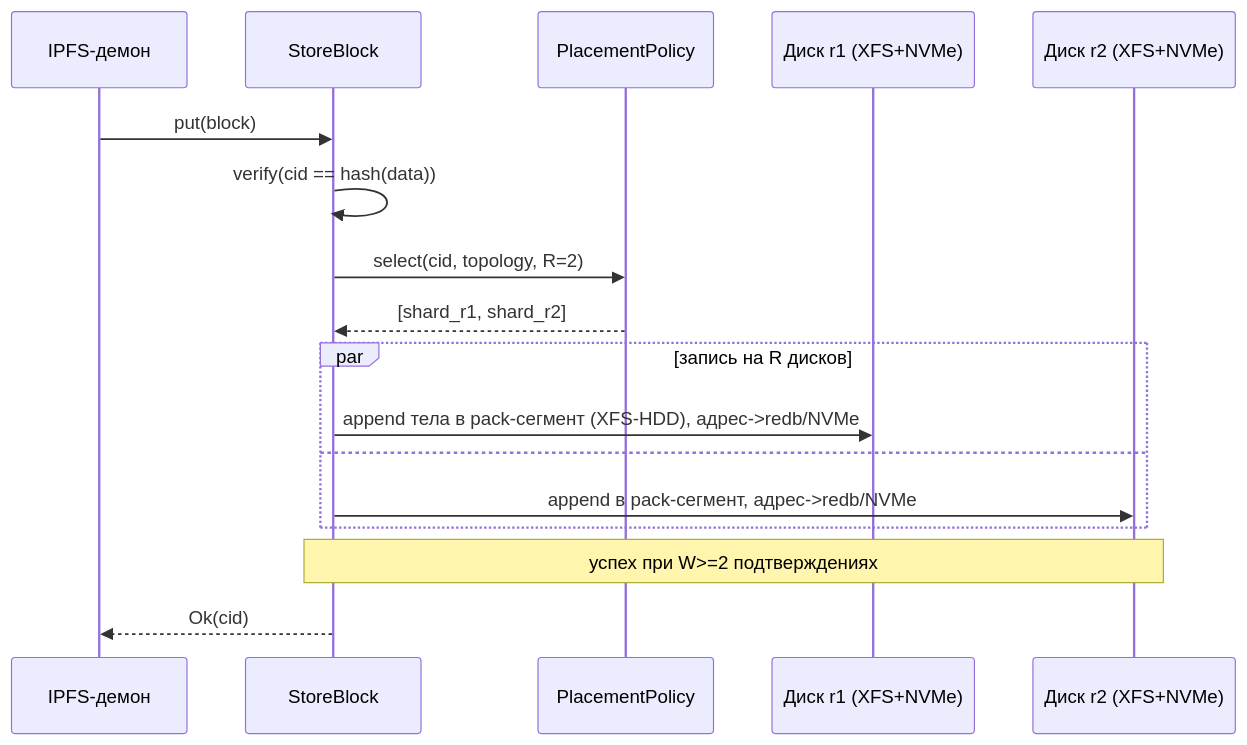
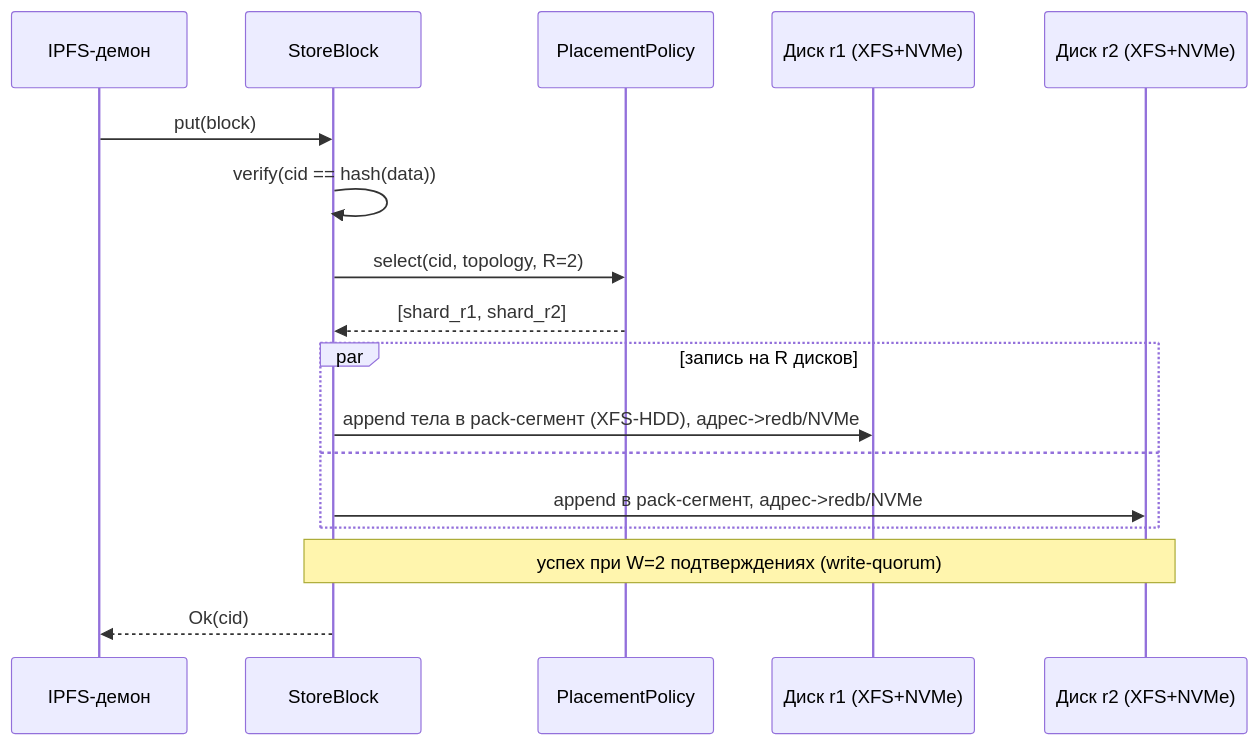
Before and after one commit to yunusovt983-art/ozd: the second of 9 diagrams in Wiki/ARCHITECTURE.md, drawn with Mermaid. The commit also changed 1 other file, not shown here.

Commit message:
fix: remove all remaining Mermaid sequenceDiagram parse errors
- ARCHITECTURE.md L162: >= in Note over -> avoid >= operator
- ARCHITECTURE-ZFS.md L112: Unicode arrow -> in message line
- ARCHITECTURE-ZFS.md L114: Unicode arrows -> in Note over text

````diff
--- a/Wiki/ARCHITECTURE.md
+++ b/Wiki/ARCHITECTURE.md
@@ -146,19 +146,19 @@
 ```mermaid
 sequenceDiagram
     participant I as IPFS-демон
     participant A as StoreBlock
     participant P as PlacementPolicy
     participant D1 as Диск r1 (XFS+NVMe)
     participant D2 as Диск r2 (XFS+NVMe)
     I->>A: put(block)
     A->>A: verify(cid == hash(data))
     A->>P: select(cid, topology, R=2)
     P-->>A: [shard_r1, shard_r2]
     par запись на R дисков
         A->>D1: append тела в pack-сегмент (XFS-HDD), адрес->redb/NVMe
     and
         A->>D2: append в pack-сегмент, адрес->redb/NVMe
     end
-    Note over A,D2: успех при W>=2 подтверждениях
+    Note over A,D2: успех при W=2 подтверждениях (write-quorum)
     A-->>I: Ok(cid)
 ```
````
